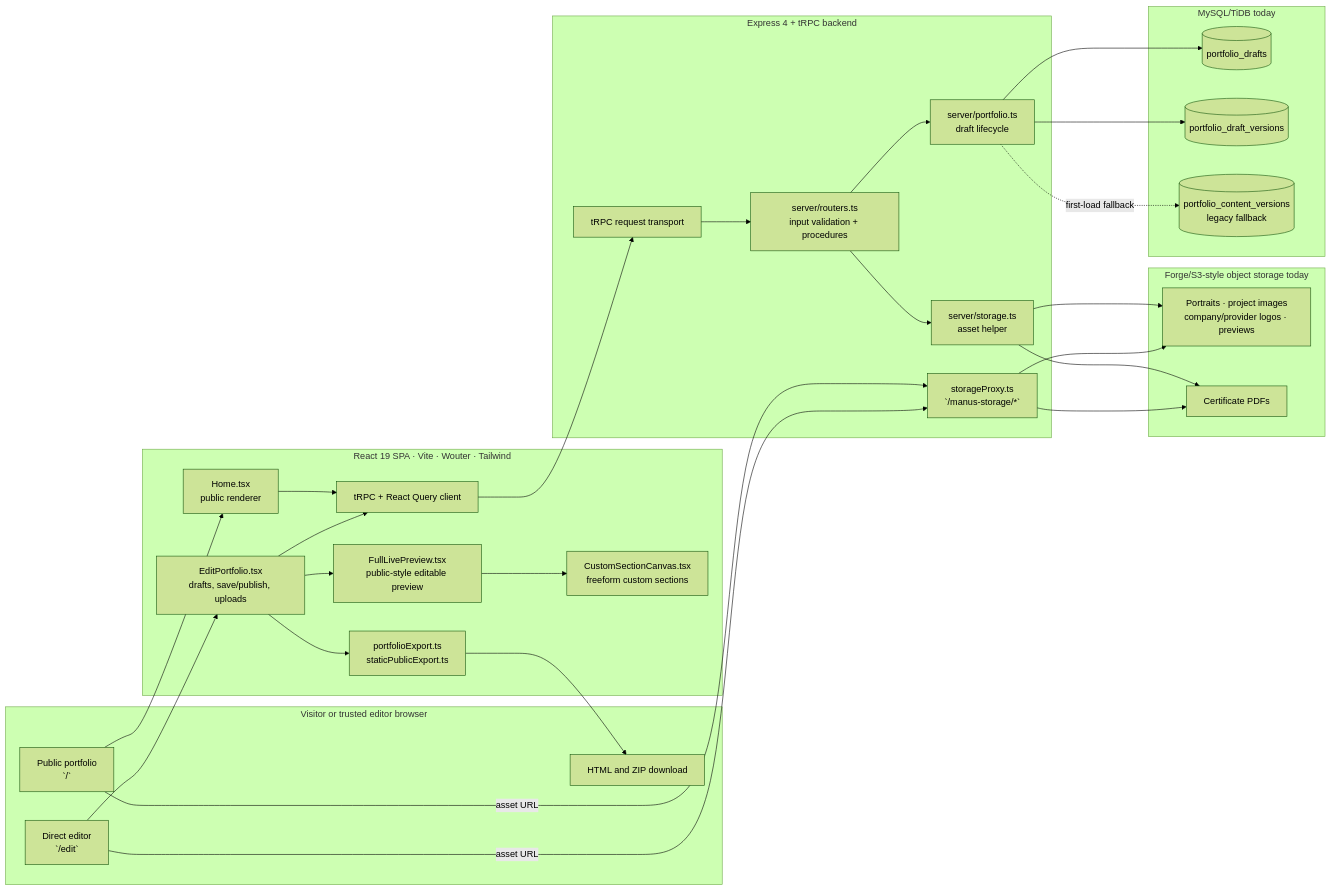
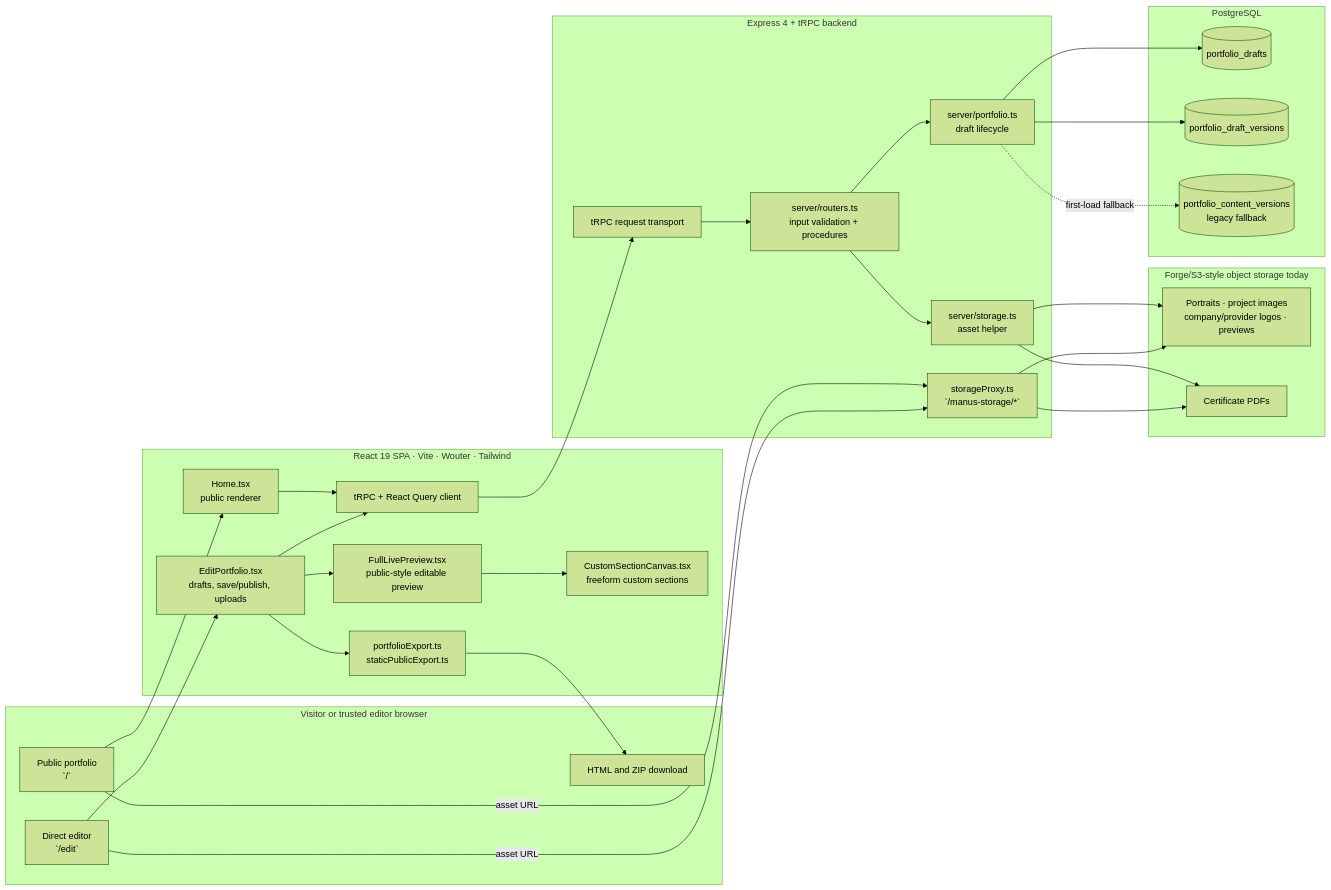
The first of 7 diagrams in ai-context/architecture-diagram.md (Fedi-Nasri/Portfolio), drawn with Mermaid (forest theme) before and after one commit. The commit also changed other lines of this file and 28 other files, not shown here.

````diff
--- a/ai-context/architecture-diagram.md
+++ b/ai-context/architecture-diagram.md
@@ -9,58 +9,58 @@
 ```mermaid
 flowchart LR
   subgraph Browser[Visitor or trusted editor browser]
     Public[Public portfolio\n`/`]
     Editor[Direct editor\n`/edit`]
     Download[HTML and ZIP download]
   end
 
   subgraph Client[React 19 SPA · Vite · Wouter · Tailwind]
     Home[Home.tsx\npublic renderer]
     EditPage[EditPortfolio.tsx\ndrafts, save/publish, uploads]
     Preview[FullLivePreview.tsx\npublic-style editable preview]
     Canvas[CustomSectionCanvas.tsx\nfreeform custom sections]
     Query[tRPC + React Query client]
     Exports[portfolioExport.ts\nstaticPublicExport.ts]
   end
 
   subgraph API[Express 4 + tRPC backend]
     Trpc[tRPC request transport]
     Routers[server/routers.ts\ninput validation + procedures]
     Portfolio[server/portfolio.ts\ndraft lifecycle]
     Storage[server/storage.ts\nasset helper]
     Proxy[storageProxy.ts\n`/manus-storage/*`]
   end
 
-  subgraph Database[MySQL/TiDB today]
+  subgraph Database[PostgreSQL]
     Drafts[(portfolio_drafts)]
     Versions[(portfolio_draft_versions)]
     Legacy[(portfolio_content_versions\nlegacy fallback)]
   end
 
   subgraph ObjectStore[Forge/S3-style object storage today]
     Images[Portraits · project images\ncompany/provider logos · previews]
     PDFs[Certificate PDFs]
   end
 
   Public --> Home
   Editor --> EditPage
   EditPage --> Preview
   Preview --> Canvas
   Home --> Query
   EditPage --> Query
   Query --> Trpc
   Trpc --> Routers
   Routers --> Portfolio
   Portfolio --> Drafts
   Portfolio --> Versions
   Portfolio -. first-load fallback .-> Legacy
   Routers --> Storage
   Storage --> Images
   Storage --> PDFs
   Public -->|asset URL| Proxy
   Editor -->|asset URL| Proxy
   Proxy --> Images
   Proxy --> PDFs
   EditPage --> Exports
   Exports --> Download
 ```
````
